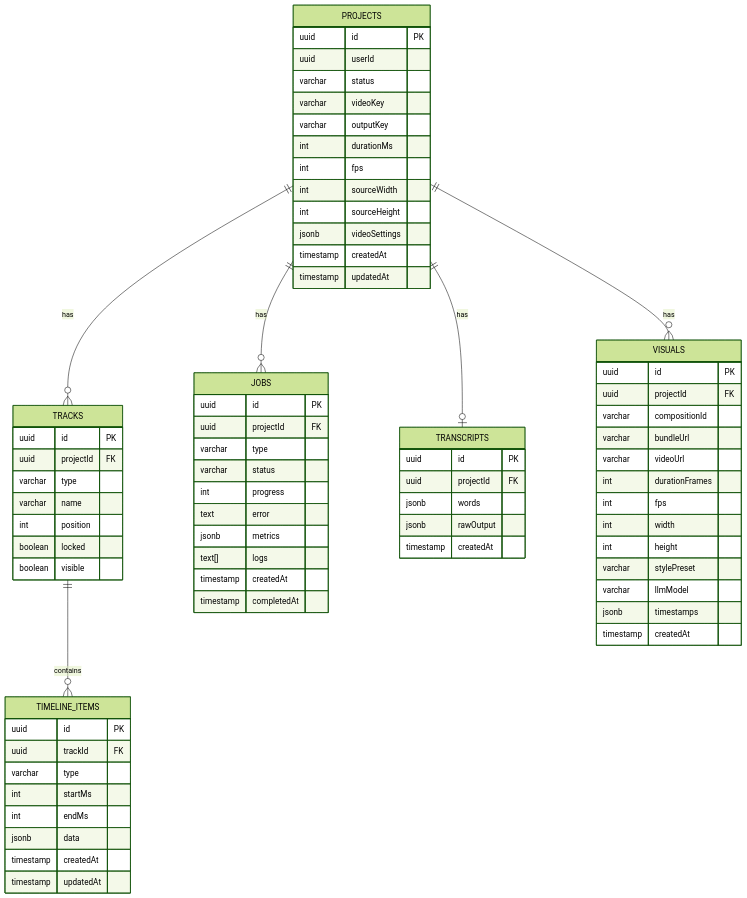
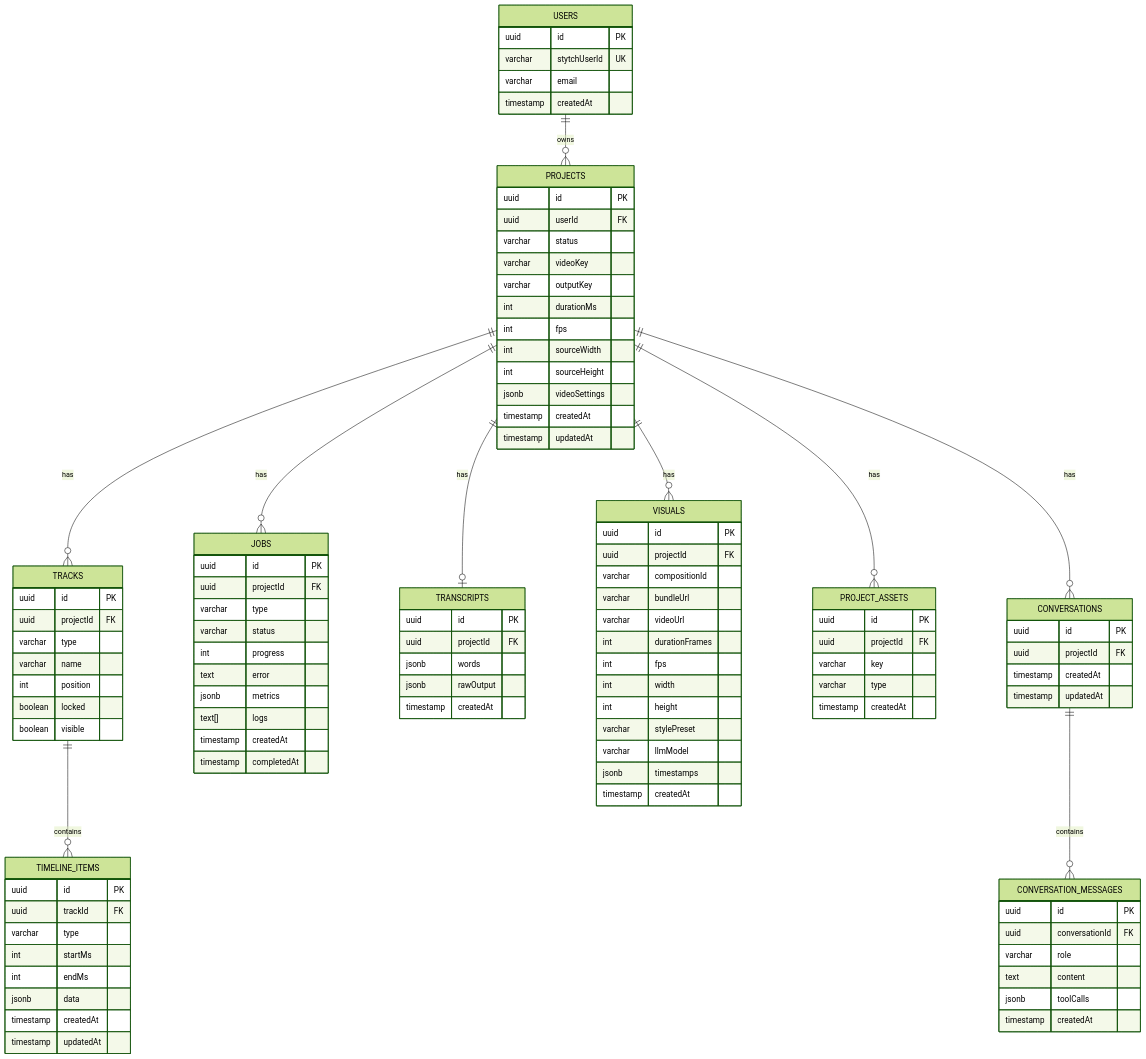
The seventh of 8 diagrams in README.md (rhythmshandlya/viona), drawn with Mermaid (forest theme) before and after one commit. The commit also changed other lines of this file and 22 other files, not shown here.

First line of the commit message:
docs: update all documentation to reflect current Viona architecture

````diff
--- a/README.md
+++ b/README.md
@@ -358,14 +412,25 @@
 ```mermaid
 erDiagram
+    USERS ||--o{ PROJECTS : owns
     PROJECTS ||--o{ TRACKS : has
     PROJECTS ||--o{ JOBS : has
     PROJECTS ||--o| TRANSCRIPTS : has
     PROJECTS ||--o{ VISUALS : has
+    PROJECTS ||--o{ PROJECT_ASSETS : has
+    PROJECTS ||--o{ CONVERSATIONS : has
     TRACKS ||--o{ TIMELINE_ITEMS : contains
+    CONVERSATIONS ||--o{ CONVERSATION_MESSAGES : contains
+
+    USERS {
+        uuid id PK
+        varchar stytchUserId UK
+        varchar email
+        timestamp createdAt
+    }
 
     PROJECTS {
         uuid id PK
-        uuid userId
+        uuid userId FK
         varchar status
         varchar videoKey
         varchar outputKey
@@ -435,4 +500,28 @@
         jsonb timestamps
         timestamp createdAt
     }
+
+    PROJECT_ASSETS {
+        uuid id PK
+        uuid projectId FK
+        varchar key
+        varchar type
+        timestamp createdAt
+    }
+
+    CONVERSATIONS {
+        uuid id PK
+        uuid projectId FK
+        timestamp createdAt
+        timestamp updatedAt
+    }
+
+    CONVERSATION_MESSAGES {
+        uuid id PK
+        uuid conversationId FK
+        varchar role
+        text content
+        jsonb toolCalls
+        timestamp createdAt
+    }
 ```
````
